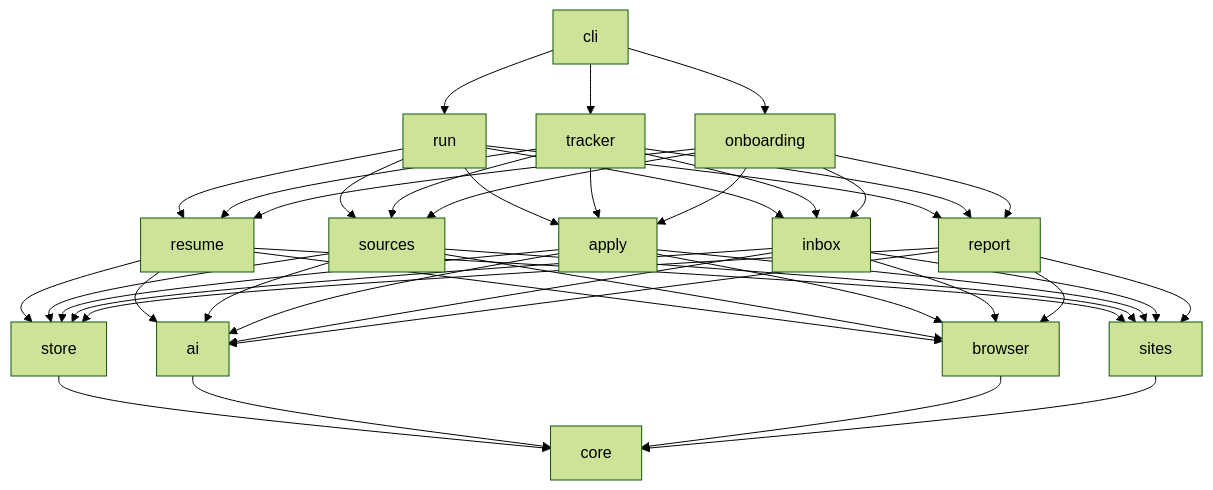
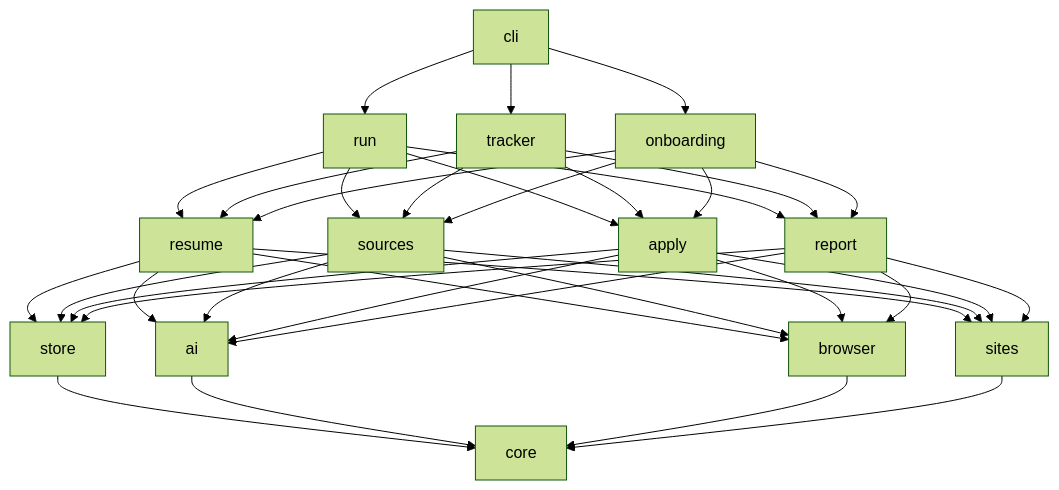
One commit to Avijit07x/truapply changed the first of 7 diagrams in docs/architecture.md. Above: the diagram before and after it, drawn with Mermaid (forest theme). The commit also changed other lines of this file and 11 other files, not shown here.

````diff
--- a/docs/architecture.md
+++ b/docs/architecture.md
@@ -133,7 +132,7 @@
 ```mermaid
 flowchart TD
   cli --> run & tracker & onboarding
-  run & tracker & onboarding --> resume & sources & apply & inbox & report
-  resume & sources & apply & inbox & report --> store & ai & browser & sites
+  run & tracker & onboarding --> resume & sources & apply & report
+  resume & sources & apply & report --> store & ai & browser & sites
   store & ai & browser & sites --> core
 ```
````
